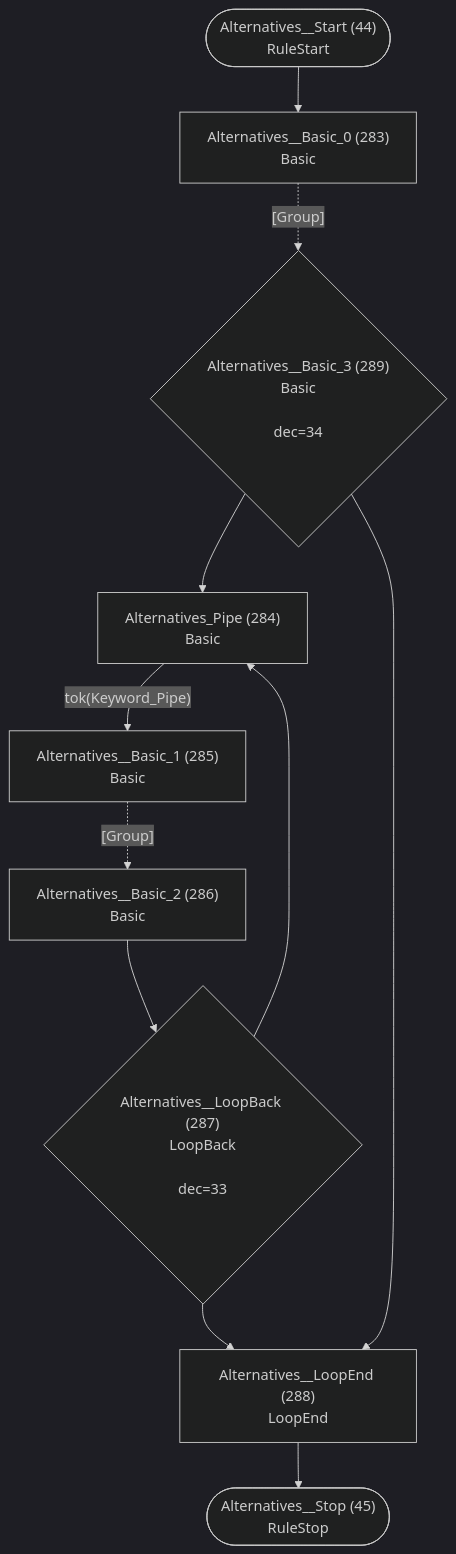
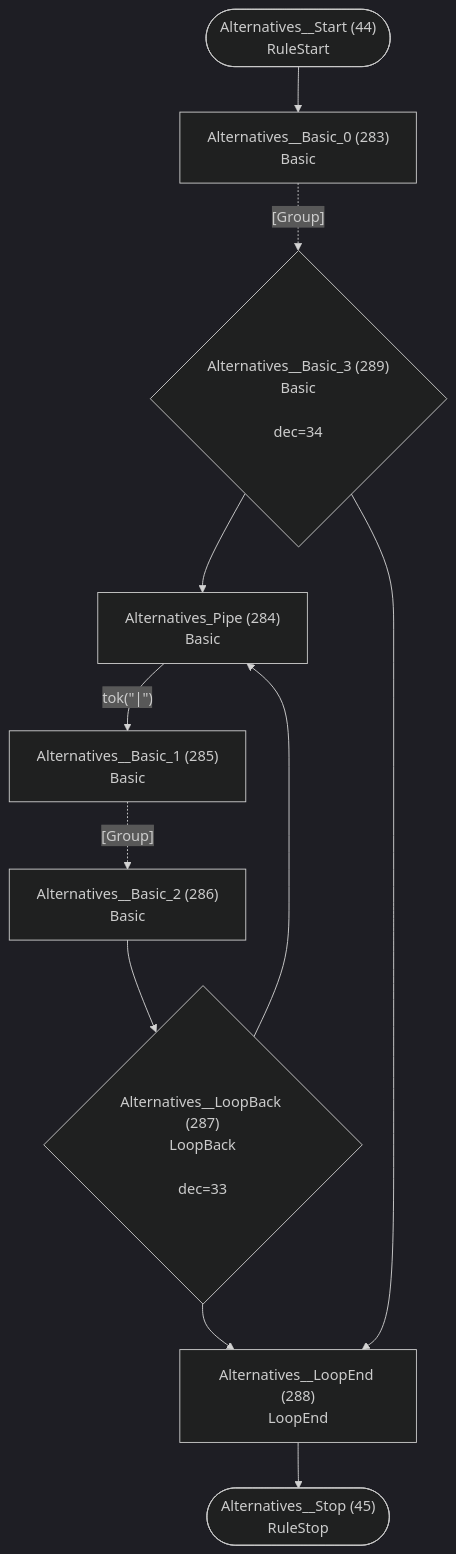
Diagram 23 of 37 in internal/grammar/atn.md (TypeFox/fastbelt), drawn with Mermaid (dark theme) before and after one commit. The commit also changed other lines of this file and 3 other files, not shown here.

````diff
--- a/internal/grammar/atn.md
+++ b/internal/grammar/atn.md
@@ -688,23 +688,23 @@
 ```mermaid
 flowchart TD
     q44(["Alternatives__Start (44)<br/>RuleStart"])
     q45(["Alternatives__Stop (45)<br/>RuleStop"])
     q283["Alternatives__Basic_0 (283)<br/>Basic<br/>"]
     q284["Alternatives_Pipe (284)<br/>Basic<br/>"]
     q285["Alternatives__Basic_1 (285)<br/>Basic<br/>"]
     q286["Alternatives__Basic_2 (286)<br/>Basic<br/>"]
     q287{"Alternatives__LoopBack (287)<br/>LoopBack<br/><br/>dec=33"}
     q288["Alternatives__LoopEnd (288)<br/>LoopEnd<br/>"]
     q289{"Alternatives__Basic_3 (289)<br/>Basic<br/><br/>dec=34"}
 
     q44 --> q283
     q283 -.->|"[Group]"| q289
-    q284 -->|"tok(Keyword_Pipe)"| q285
+    q284 -->|"tok(&quot;|&quot;)"| q285
     q285 -.->|"[Group]"| q286
     q286 --> q287
     q287 --> q284
     q287 --> q288
     q288 --> q45
     q289 --> q284
     q289 --> q288
 ```
````
